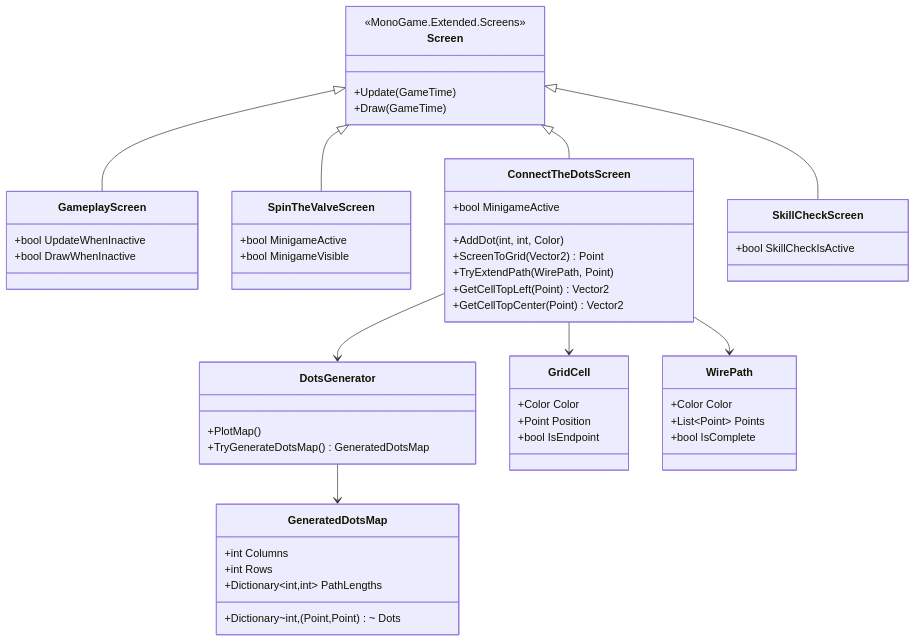
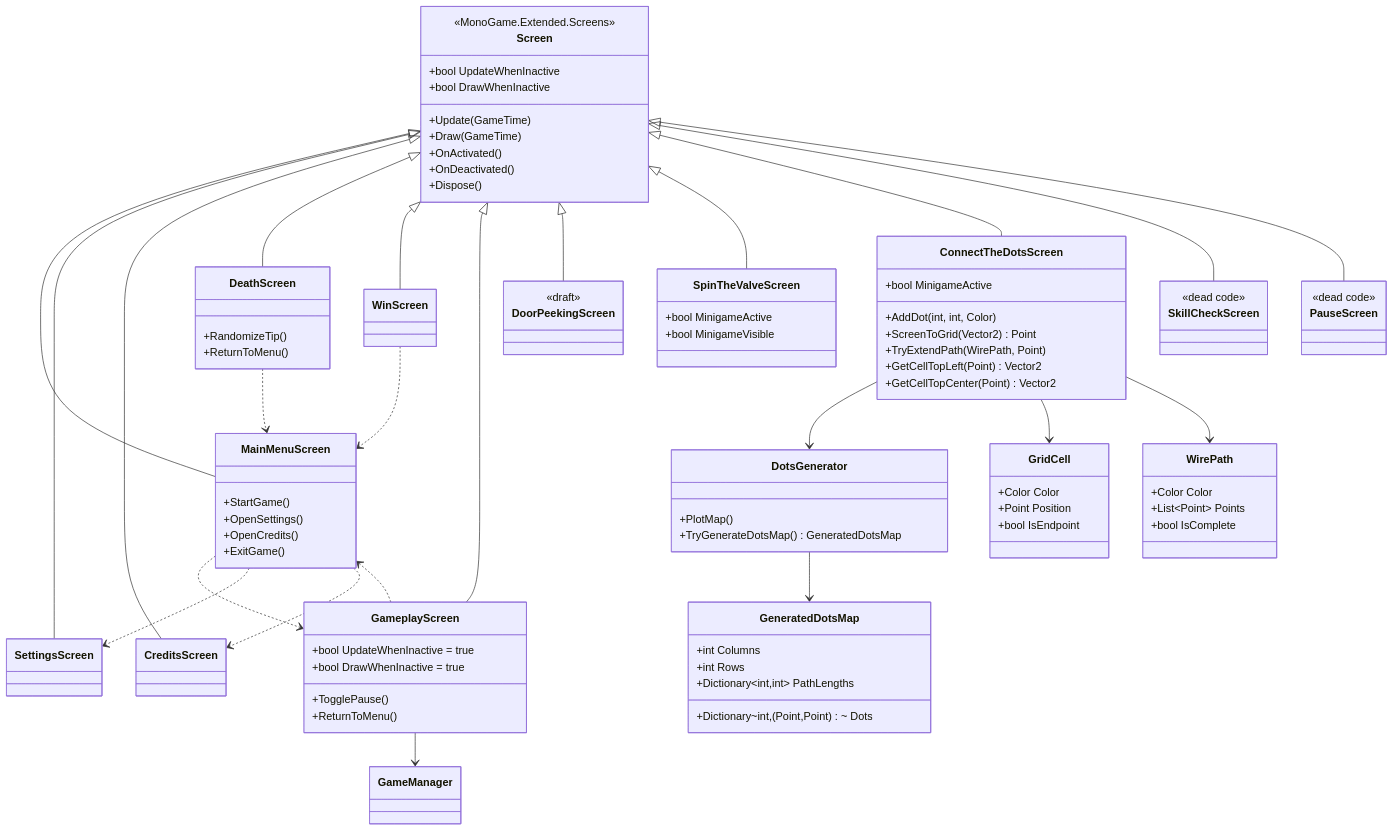
Before and after one commit to Sambopukkazz/DG225_CoreX: the third of 6 diagrams in docs/03_Software/02-class-diagram.md, drawn with Mermaid. The commit also changed other lines of this file and 14 other files, not shown here.

```diff
--- a/docs/03_Software/02-class-diagram.md
+++ b/docs/03_Software/02-class-diagram.md
@@ -253,12 +332,35 @@
 classDiagram
     class Screen {
         <<MonoGame.Extended.Screens>>
+        +bool UpdateWhenInactive
+        +bool DrawWhenInactive
         +Update(GameTime)
         +Draw(GameTime)
+        +OnActivated()
+        +OnDeactivated()
+        +Dispose()
     }
+    class MainMenuScreen {
+        +StartGame()
+        +OpenSettings()
+        +OpenCredits()
+        +ExitGame()
+    }
+    class SettingsScreen
+    class CreditsScreen
+    class DeathScreen {
+        +RandomizeTip()
+        +ReturnToMenu()
+    }
+    class WinScreen
     class GameplayScreen {
-        +bool UpdateWhenInactive
-        +bool DrawWhenInactive
+        +bool UpdateWhenInactive = true
+        +bool DrawWhenInactive = true
+        +TogglePause()
+        +ReturnToMenu()
+    }
+    class DoorPeekingScreen {
+        <<draft>>
     }
     class SpinTheValveScreen {
         +bool MinigameActive
@@ -273,13 +375,31 @@
         +GetCellTopCenter(Point) Vector2
     }
     class SkillCheckScreen {
-        +bool SkillCheckIsActive
+        <<dead code>>
+    }
+    class PauseScreen {
+        <<dead code>>
     }
 
+    Screen <|-- MainMenuScreen
+    Screen <|-- SettingsScreen
+    Screen <|-- CreditsScreen
+    Screen <|-- DeathScreen
+    Screen <|-- WinScreen
     Screen <|-- GameplayScreen
+    Screen <|-- DoorPeekingScreen
     Screen <|-- SpinTheValveScreen
     Screen <|-- ConnectTheDotsScreen
     Screen <|-- SkillCheckScreen
+    Screen <|-- PauseScreen
+
+    GameplayScreen --> GameManager
+    MainMenuScreen ..> GameplayScreen
+    MainMenuScreen ..> SettingsScreen
+    MainMenuScreen ..> CreditsScreen
+    DeathScreen ..> MainMenuScreen
+    WinScreen ..> MainMenuScreen
+    GameplayScreen ..> MainMenuScreen
 
     class DotsGenerator {
         +PlotMap()
```
